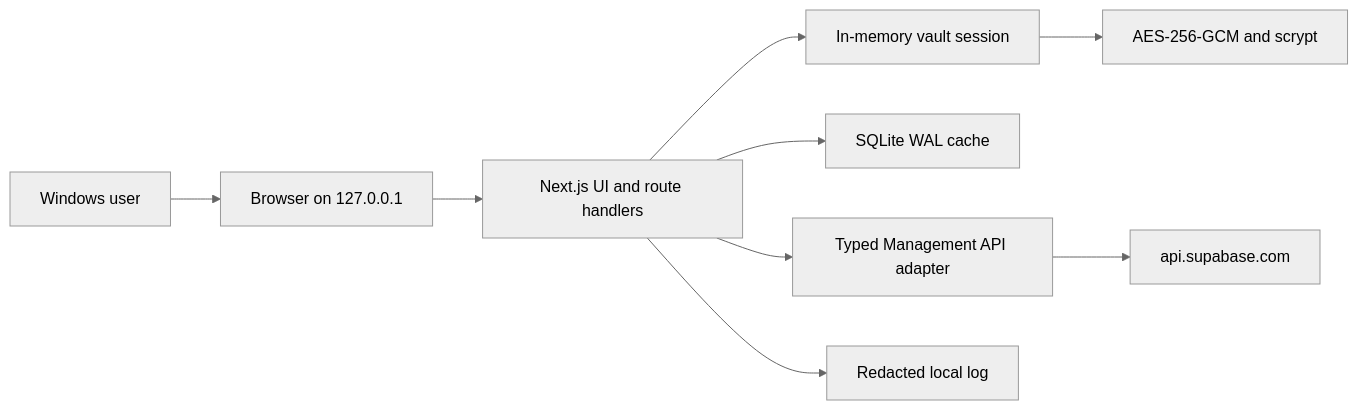
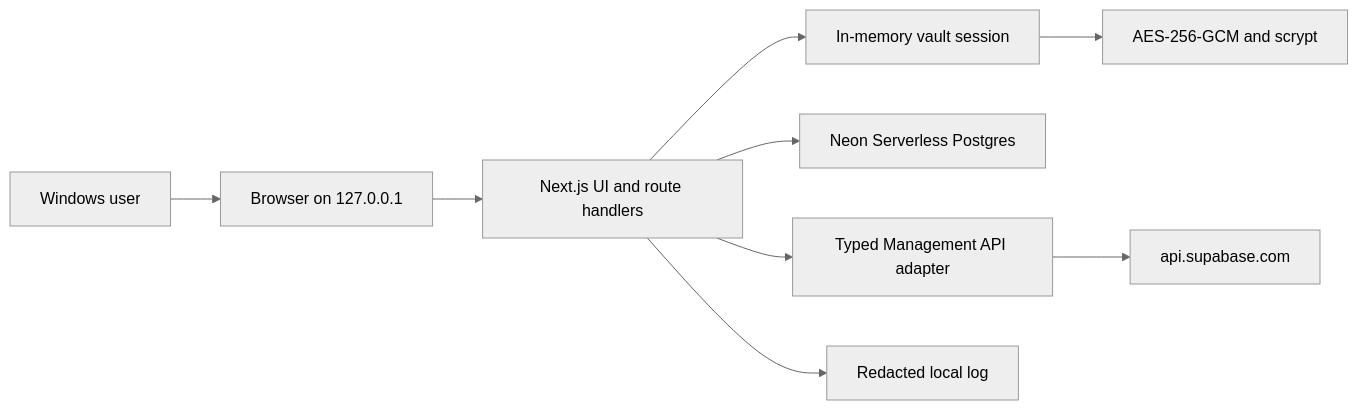
One commit to krishna0605/supabase-harbor changed the diagram in docs/architecture.md. Above: the diagram before and after it, drawn with Mermaid (neutral theme). The commit also changed other lines of this file and 11 other files, not shown here.

````diff
--- a/docs/architecture.md
+++ b/docs/architecture.md
@@ -3,11 +3,11 @@
 ```mermaid
 flowchart LR
   U["Windows user"] --> B["Browser on 127.0.0.1"]
   B --> N["Next.js UI and route handlers"]
   N --> S["In-memory vault session"]
   S --> C["AES-256-GCM and scrypt"]
-  N --> D["SQLite WAL cache"]
+  N --> D["Neon Serverless Postgres"]
   N --> A["Typed Management API adapter"]
   A --> SB["api.supabase.com"]
   N --> L["Redacted local log"]
 ```
````
